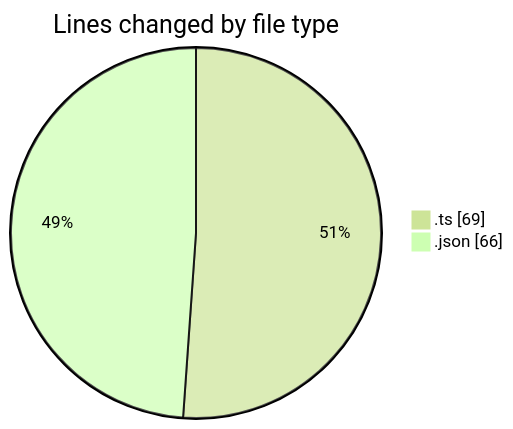
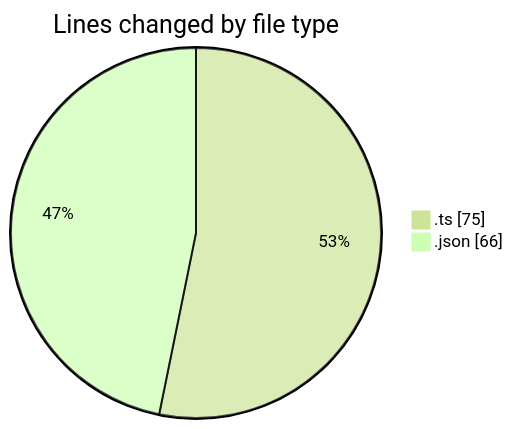
One commit to tmsrecording-cyber/code-tracking changed the first of 2 diagrams in 2026-02-05/singularitybrainai/README.md. Above: the diagram before and after it, drawn with Mermaid (forest theme). The commit also changed other lines of this file and 1 other file, not shown here.

````diff
--- a/2026-02-05/singularitybrainai/README.md
+++ b/2026-02-05/singularitybrainai/README.md
@@ -21,6 +21,6 @@
 ```mermaid
 pie showData
 title Lines changed by file type
-".ts" : 69
+".ts" : 75
 ".json" : 66
 ```
````
